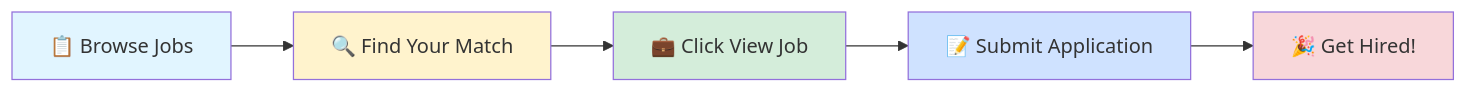
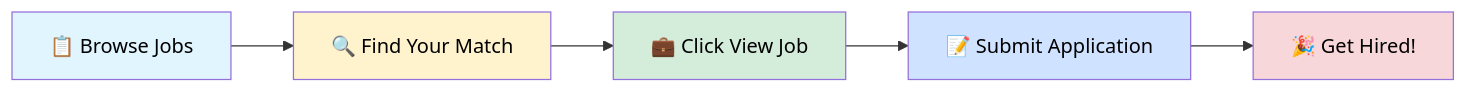
Before and after one commit to mployee-jobs/IT-Management-Jobs: the diagram in README.md, drawn with Mermaid. The commit also changed other lines of this file and 1 other file, not shown here.

````diff
--- a/README.md
+++ b/README.md
@@ -3076,13 +3070,13 @@
 ```mermaid
 graph LR
     A[📋 Browse Jobs] --> B[🔍 Find Your Match]
     B --> C[💼 Click View Job]
     C --> D[📝 Submit Application]
     D --> E[🎉 Get Hired!]
     
-    style A fill:#e1f5ff
-    style B fill:#fff3cd
-    style C fill:#d4edda
-    style D fill:#cfe2ff
-    style E fill:#f8d7da
+    style A fill:#e1f5ff,color:#000
+    style B fill:#fff3cd,color:#000
+    style C fill:#d4edda,color:#000
+    style D fill:#cfe2ff,color:#000
+    style E fill:#f8d7da,color:#000
 ```
````
